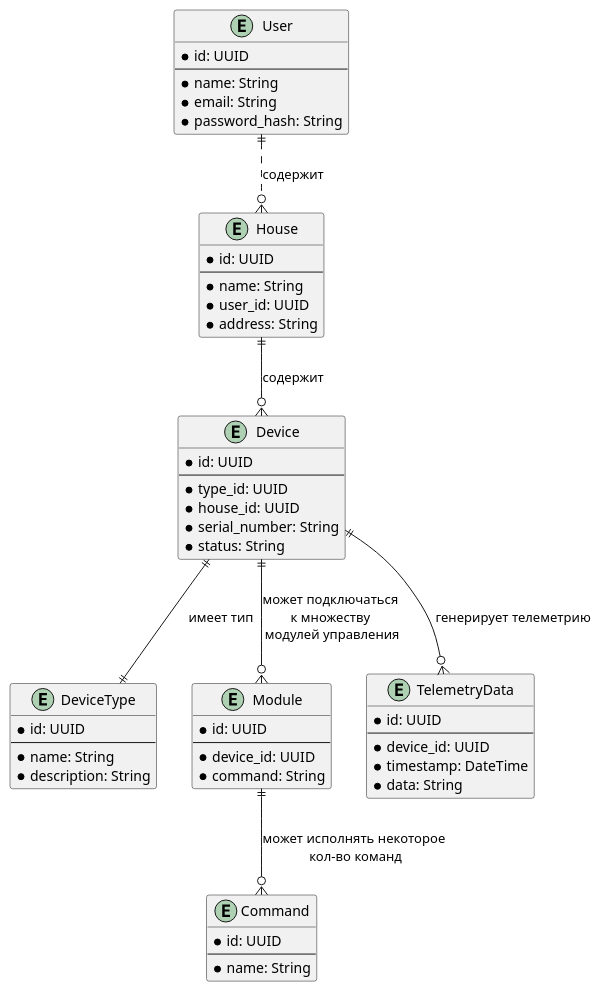
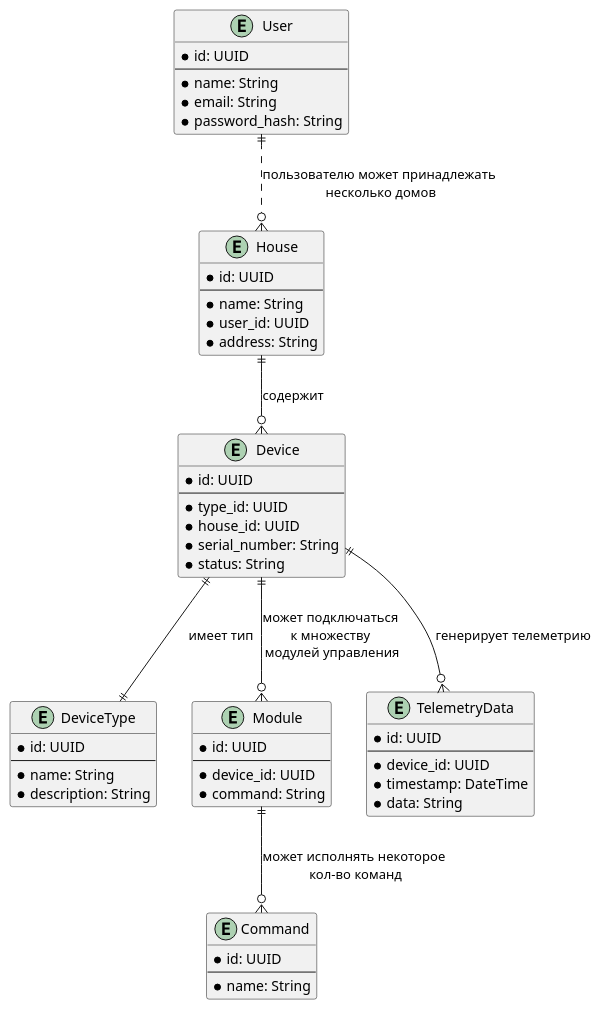
One commit to misikch/ya-practicum-arch-sprint-3 changed the diagram in docs/tobe/ER-diagram.puml. Above: the diagram before and after it, drawn with PlantUML. The commit also changed 2 other files, not shown here.

```diff
--- a/docs/tobe/ER-diagram.puml
+++ b/docs/tobe/ER-diagram.puml
@@ -1,61 +1,61 @@
 @startuml
 entity User {
   *id: UUID
   --
   *name: String
   *email: String
   *password_hash: String
 }
 
 entity House {
   *id: UUID
   --
   *name: String
   *user_id: UUID
   *address: String
 }
 
 entity Device {
   *id: UUID
   --
   *type_id: UUID
   *house_id: UUID
   *serial_number: String
   *status: String
 }
 
 entity DeviceType {
   *id: UUID
   --
   *name: String
   *description: String
 }
 
 entity Module {
   *id: UUID
   --
   *device_id: UUID
   *command: String
 }
 
 entity TelemetryData {
   *id: UUID
   --
   *device_id: UUID
   *timestamp: DateTime
   *data: String
 }
 
 entity Command {
   *id: UUID
   --
   *name: String
 }
 
-User ||..o{ House : содержит
+User ||..o{ House : пользователю может принадлежать\n несколько домов
 House ||--o{ Device : содержит
 Device ||--|| DeviceType : имеет тип
 Device ||--o{ Module : может подключаться \nк множеству \nмодулей управления
 Module ||--o{ Command : может исполнять некоторое\n кол-во команд
 Device ||--o{ TelemetryData : генерирует телеметрию
 @enduml
```
